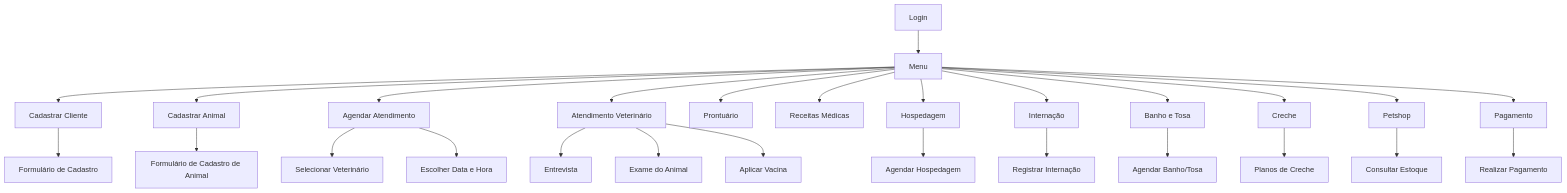
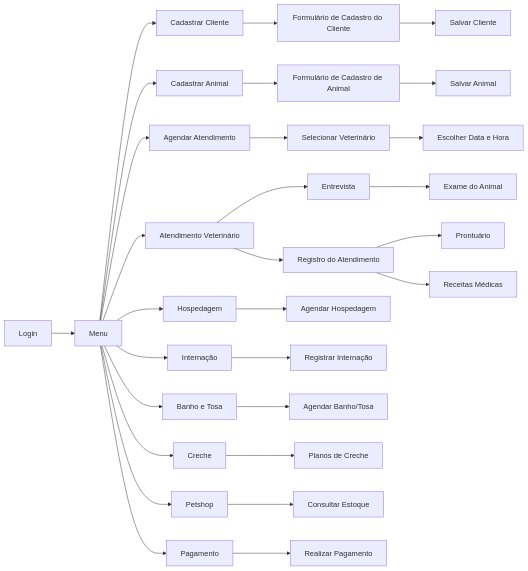
One commit to Camila-Weber/camila_weber changed the third of 9 diagrams in README.md. Above: the diagram before and after it, drawn with Mermaid. The commit also changed other lines of this file, not shown here.

````diff
--- a/README.md
+++ b/README.md
@@ -769,33 +799,36 @@
 ```mermaid
-graph TD
+graph LR
     A[Login] --> B[Menu]
     
     B --> C[Cadastrar Cliente]
     B --> D[Cadastrar Animal]
     B --> E[Agendar Atendimento]
     B --> F[Atendimento Veterinário]
-    B --> G[Prontuário]
-    B --> H[Receitas Médicas]
     B --> I[Hospedagem]
     B --> J[Internação]
     B --> K[Banho e Tosa]
     B --> L[Creche]
     B --> M[Petshop]
     B --> N[Pagamento]
     
-    C --> O[Formulário de Cadastro]
+    C --> O[Formulário de Cadastro do Cliente]
     D --> P[Formulário de Cadastro de Animal]
     E --> Q[Selecionar Veterinário]
-    E --> R[Escolher Data e Hora]
+
+    O --> BB[Salvar Cliente]
+    P --> CC[Salvar Animal]
+    Q --> R[Escolher Data e Hora]
     
     F --> S[Entrevista]
-    F --> T[Exame do Animal]
-    F --> U[Aplicar Vacina]
+    S --> T[Exame do Animal]
+    F --> U[Registro do Atendimento]
+    U --> G[Prontuário]
+    U --> H[Receitas Médicas]
     
     I --> V[Agendar Hospedagem]
     J --> W[Registrar Internação]
     K --> X[Agendar Banho/Tosa]
     L --> Y[Planos de Creche]
     M --> Z[Consultar Estoque]
     N --> AA[Realizar Pagamento]
 ```
````
